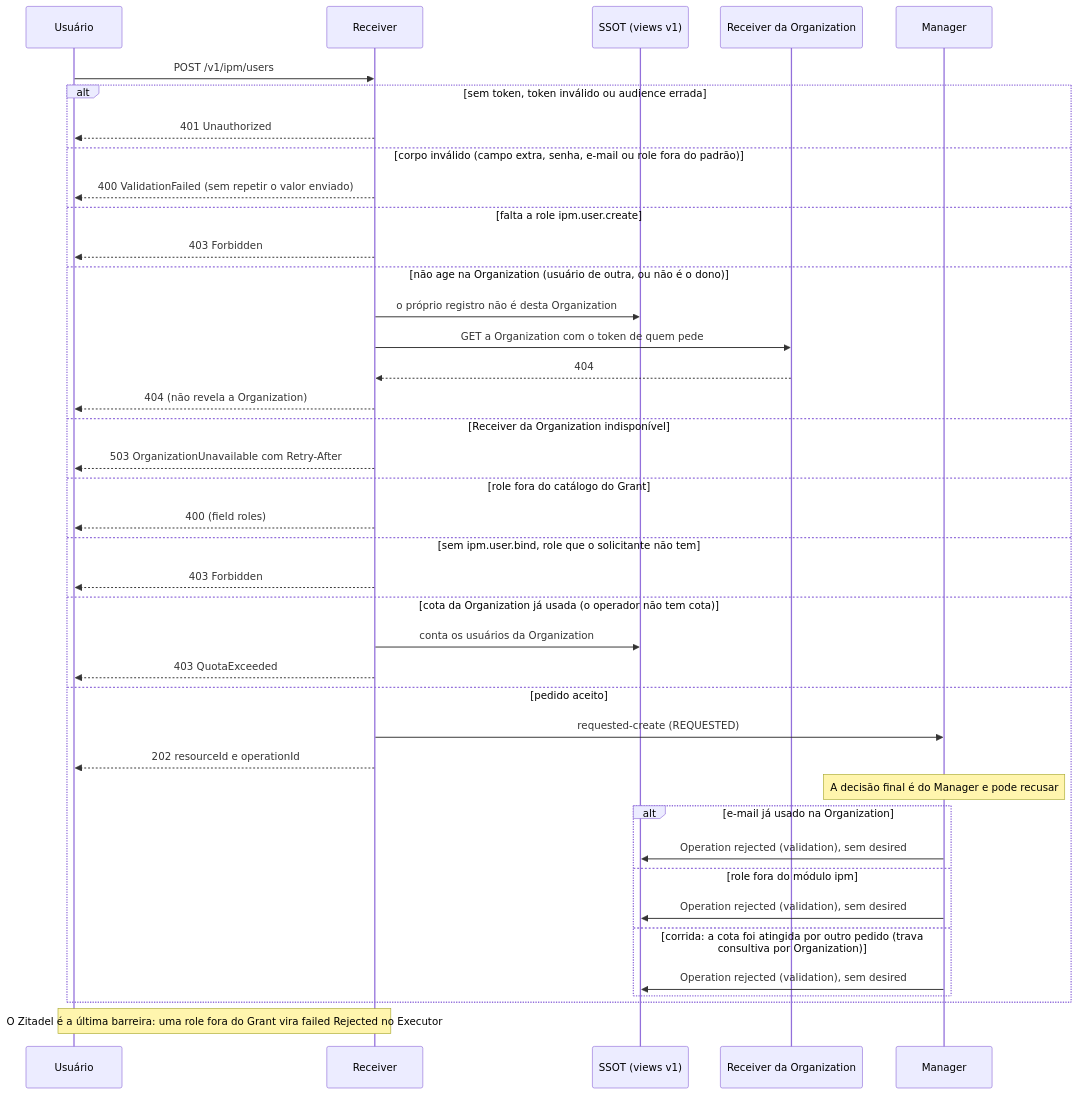
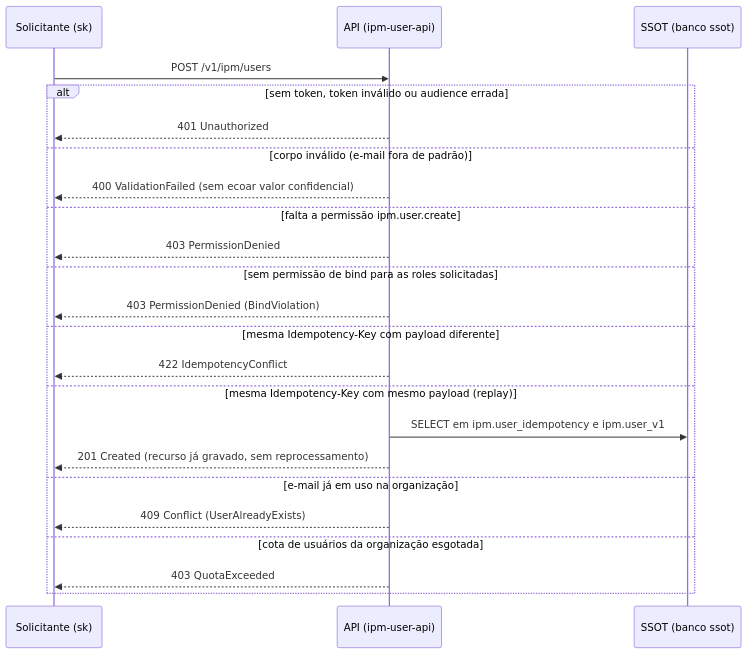
The diagram in features/ipm/user/docs/flow/02-validacao-e-borda.mmd (danielsabatini/smarkee), drawn with Mermaid before and after one commit. The commit also changed 86 other files, not shown here.

Commit message:
docs(ipm): atualiza diagramas e fluxo de dados de organization, permission, user e serviceaccount

```diff
--- a/features/ipm/user/docs/flow/02-validacao-e-borda.mmd
+++ b/features/ipm/user/docs/flow/02-validacao-e-borda.mmd
@@ -1,40 +1,24 @@
 sequenceDiagram
-  participant U as Usuário
-  participant R as Receiver
-  participant DB as SSOT (views v1)
-  participant RO as Receiver da Organization
-  participant M as Manager
-  U->>R: POST /v1/ipm/users
+  participant U as Solicitante (sk)
+  participant API as API (ipm-user-api)
+  participant DB as SSOT (banco ssot)
+
+  U->>API: POST /v1/ipm/users
   alt sem token, token inválido ou audience errada
-    R-->>U: 401 Unauthorized
-  else corpo inválido (campo extra, senha, e-mail ou role fora do padrão)
-    R-->>U: 400 ValidationFailed (sem repetir o valor enviado)
-  else falta a role ipm.user.create
-    R-->>U: 403 Forbidden
-  else não age na Organization (usuário de outra, ou não é o dono)
-    R->>DB: o próprio registro não é desta Organization
-    R->>RO: GET a Organization com o token de quem pede
-    RO-->>R: 404
-    R-->>U: 404 (não revela a Organization)
-  else Receiver da Organization indisponível
-    R-->>U: 503 OrganizationUnavailable com Retry-After
-  else role fora do catálogo do Grant
-    R-->>U: 400 (field roles)
-  else sem ipm.user.bind, role que o solicitante não tem
-    R-->>U: 403 Forbidden
-  else cota da Organization já usada (o operador não tem cota)
-    R->>DB: conta os usuários da Organization
-    R-->>U: 403 QuotaExceeded
-  else pedido aceito
-    R->>M: requested-create (REQUESTED)
-    R-->>U: 202 resourceId e operationId
-    Note over M: A decisão final é do Manager e pode recusar
-    alt e-mail já usado na Organization
-      M->>DB: Operation rejected (validation), sem desired
-    else role fora do módulo ipm
-      M->>DB: Operation rejected (validation), sem desired
-    else corrida: a cota foi atingida por outro pedido (trava consultiva por Organization)
-      M->>DB: Operation rejected (validation), sem desired
-    end
+    API-->>U: 401 Unauthorized
+  else corpo inválido (e-mail fora de padrão)
+    API-->>U: 400 ValidationFailed (sem ecoar valor confidencial)
+  else falta a permissão ipm.user.create
+    API-->>U: 403 PermissionDenied
+  else sem permissão de bind para as roles solicitadas
+    API-->>U: 403 PermissionDenied (BindViolation)
+  else mesma Idempotency-Key com payload diferente
+    API-->>U: 422 IdempotencyConflict
+  else mesma Idempotency-Key com mesmo payload (replay)
+    API->>DB: SELECT em ipm.user_idempotency e ipm.user_v1
+    API-->>U: 201 Created (recurso já gravado, sem reprocessamento)
+  else e-mail já em uso na organização
+    API-->>U: 409 Conflict (UserAlreadyExists)
+  else cota de usuários da organização esgotada
+    API-->>U: 403 QuotaExceeded
   end
-  Note over U,R: O Zitadel é a última barreira: uma role fora do Grant vira failed Rejected no Executor
```
